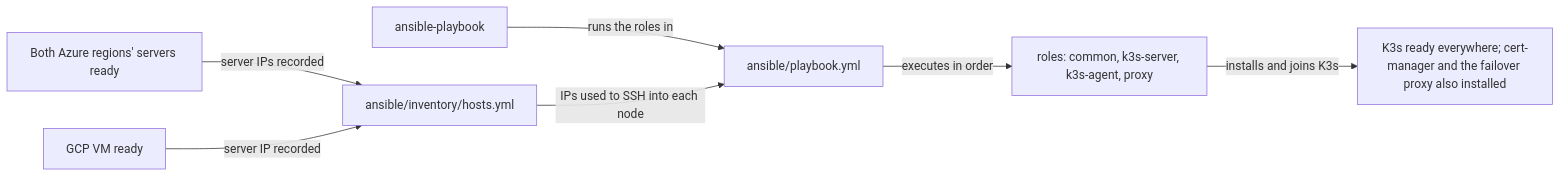
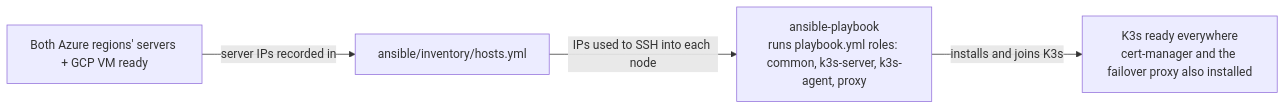
The second of 4 diagrams in README.md (Dennis4507/cloud-native-ha-platform), drawn with Mermaid before and after one commit. The commit also changed other lines of this file, not shown here.

First line of the commit message:
Merge command+result into single two-line boxes across all 4 diagrams

````diff
--- a/README.md
+++ b/README.md
@@ -54,9 +50,6 @@
 ```mermaid
 flowchart LR
-    IN1["Both Azure regions' servers ready"] -->|server IPs recorded| A1["ansible/inventory/hosts.yml"]
-    IN2["GCP VM ready"] -->|server IP recorded| A1
-    CMD3["ansible-playbook"] -->|runs the roles in| A2["ansible/playbook.yml"]
-    A1 -->|IPs used to SSH into each node| A2
-    A2 -->|executes in order| A3["roles: common, k3s-server, k3s-agent, proxy"]
-    A3 -->|installs and joins K3s| OUT3["K3s ready everywhere; cert-manager and the failover proxy also installed"]
+    IN["Both Azure regions' servers + GCP VM ready"] -->|server IPs recorded in| A1["ansible/inventory/hosts.yml"]
+    A1 -->|IPs used to SSH into each node| A2["ansible-playbook<br/>runs playbook.yml roles: common, k3s-server, k3s-agent, proxy"]
+    A2 -->|installs and joins K3s| OUT3["K3s ready everywhere<br/>cert-manager and the failover proxy also installed"]
 ```
````
